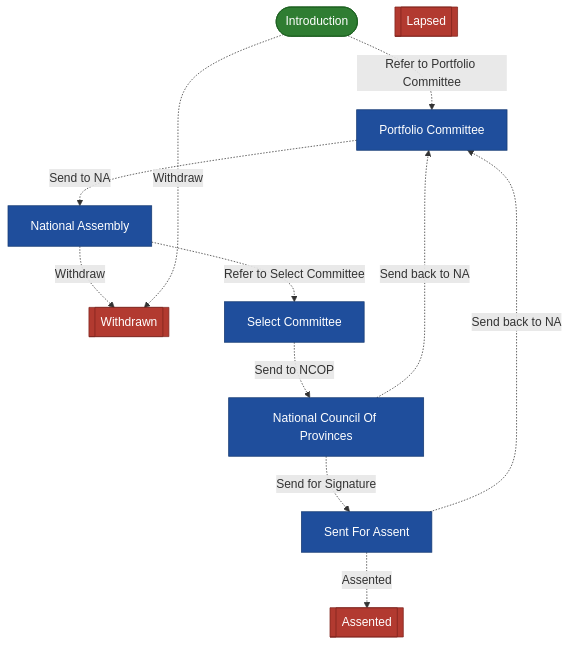
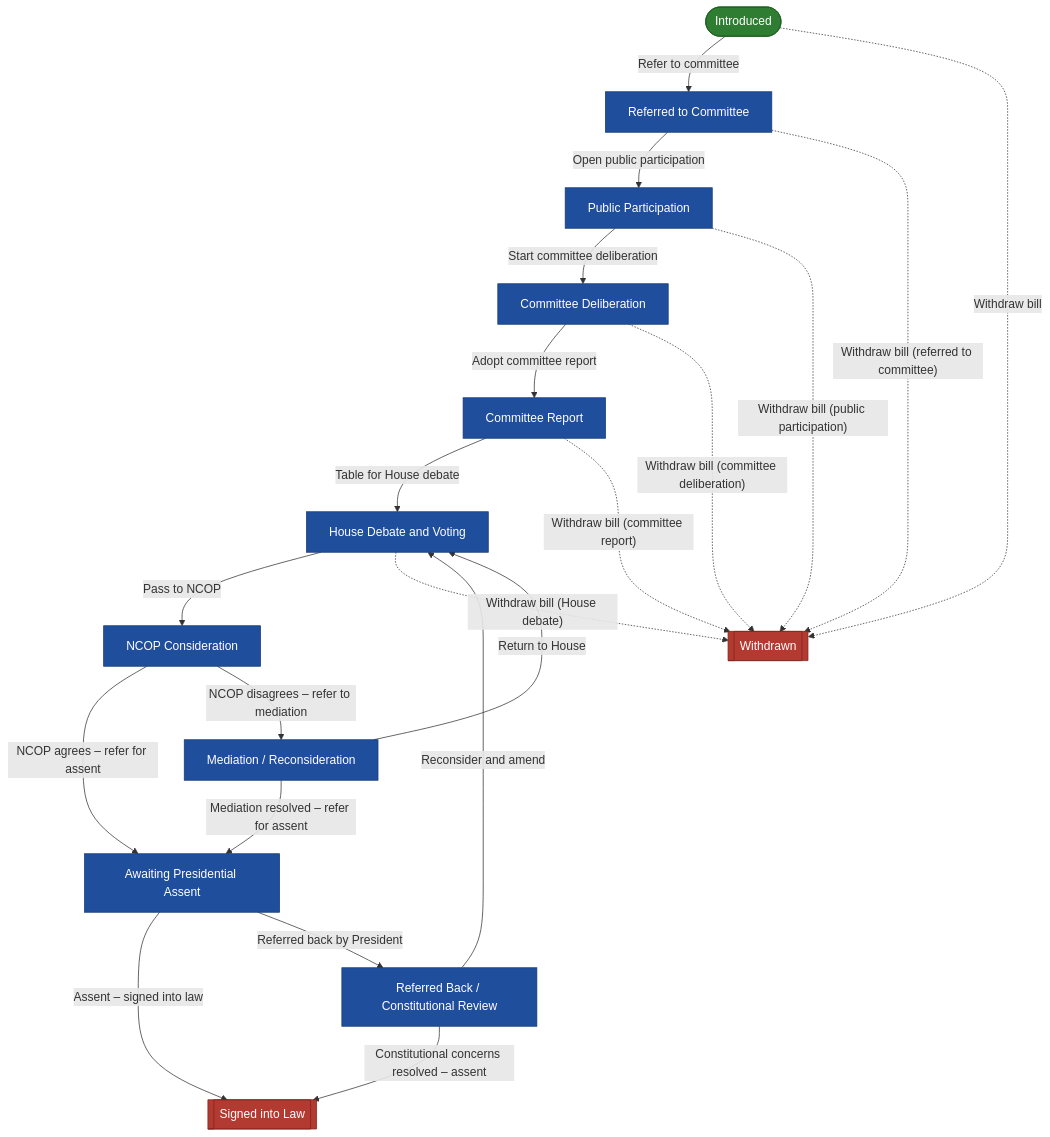
Before and after one commit to gelie/pwms_project: the diagram in src/pwms/docs/bill_workflow.md, drawn with Mermaid. The commit also changed other lines of this file and 5 other files, not shown here.

````diff
--- a/src/pwms/docs/bill_workflow.md
+++ b/src/pwms/docs/bill_workflow.md
@@ -5,27 +5,40 @@
 ```mermaid
 %% Generated by `manage.py generate_diagrams`; do not edit by hand.
 %% Workflow: Bill
 flowchart TD
     classDef initial fill:#2F7D32,stroke:#1B5E20,color:#FFFFFF,stroke-width:1px
     classDef regular fill:#1F4E9C,stroke:#163A73,color:#FFFFFF,stroke-width:1px
     classDef terminal fill:#B23A30,stroke:#7F241D,color:#FFFFFF,stroke-width:1px
-    s0(["Introduction"]):::initial
-    s1["Portfolio Committee"]:::regular
-    s2[["Withdrawn"]]:::terminal
-    s3["National Assembly"]:::regular
-    s4["Select Committee"]:::regular
-    s5["National Council Of Provinces"]:::regular
-    s6["Sent For Assent"]:::regular
-    s7[["Assented"]]:::terminal
-    s8[["Lapsed"]]:::terminal
-    s6 -.->|"Assented"| s7
-    s0 -.->|"Refer to Portfolio Committee"| s1
-    s3 -.->|"Refer to Select Committee"| s4
-    s6 -.->|"Send back to NA"| s1
-    s5 -.->|"Send back to NA"| s1
-    s5 -.->|"Send for Signature"| s6
-    s1 -.->|"Send to NA"| s3
-    s4 -.->|"Send to NCOP"| s5
-    s3 -.->|"Withdraw"| s2
-    s0 -.->|"Withdraw"| s2
+    s0(["Introduced"]):::initial
+    s1["Referred to Committee"]:::regular
+    s2["Public Participation"]:::regular
+    s3["Committee Deliberation"]:::regular
+    s4["Committee Report"]:::regular
+    s5["House Debate and Voting"]:::regular
+    s6["NCOP Consideration"]:::regular
+    s7["Mediation / Reconsideration"]:::regular
+    s8["Awaiting Presidential Assent"]:::regular
+    s9["Referred Back / Constitutional Review"]:::regular
+    s10[["Signed into Law"]]:::terminal
+    s11[["Withdrawn"]]:::terminal
+    s0 -->|"Refer to committee"| s1
+    s1 -->|"Open public participation"| s2
+    s2 -->|"Start committee deliberation"| s3
+    s3 -->|"Adopt committee report"| s4
+    s4 -->|"Table for House debate"| s5
+    s5 -->|"Pass to NCOP"| s6
+    s6 -->|"NCOP agrees – refer for assent"| s8
+    s6 -->|"NCOP disagrees – refer to mediation"| s7
+    s7 -->|"Return to House"| s5
+    s7 -->|"Mediation resolved – refer for assent"| s8
+    s8 -->|"Assent – signed into law"| s10
+    s8 -->|"Referred back by President"| s9
+    s9 -->|"Reconsider and amend"| s5
+    s9 -->|"Constitutional concerns resolved – assent"| s10
+    s0 -.->|"Withdraw bill"| s11
+    s1 -.->|"Withdraw bill (referred to committee)"| s11
+    s2 -.->|"Withdraw bill (public participation)"| s11
+    s3 -.->|"Withdraw bill (committee deliberation)"| s11
+    s4 -.->|"Withdraw bill (committee report)"| s11
+    s5 -.->|"Withdraw bill (House debate)"| s11
 ```
````
